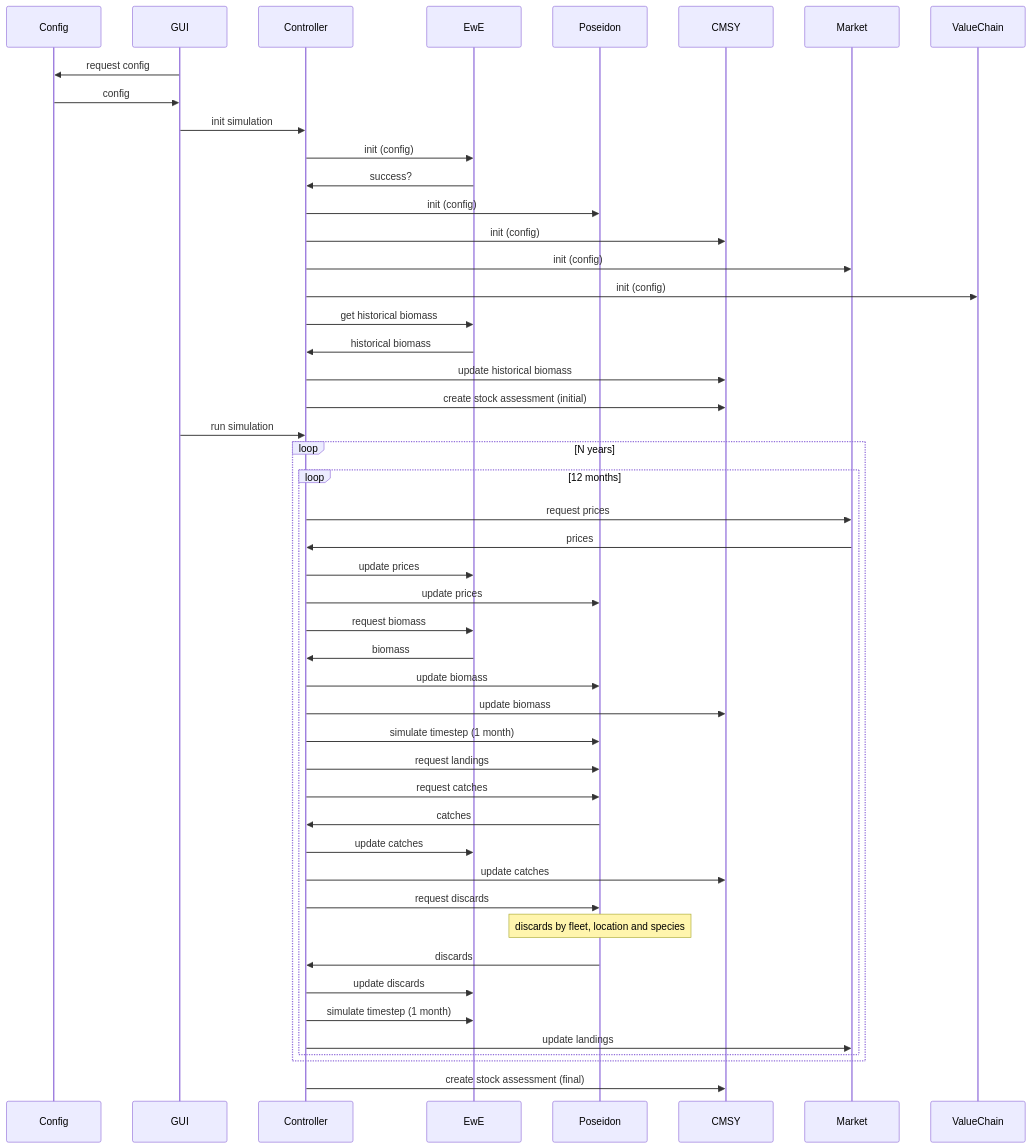
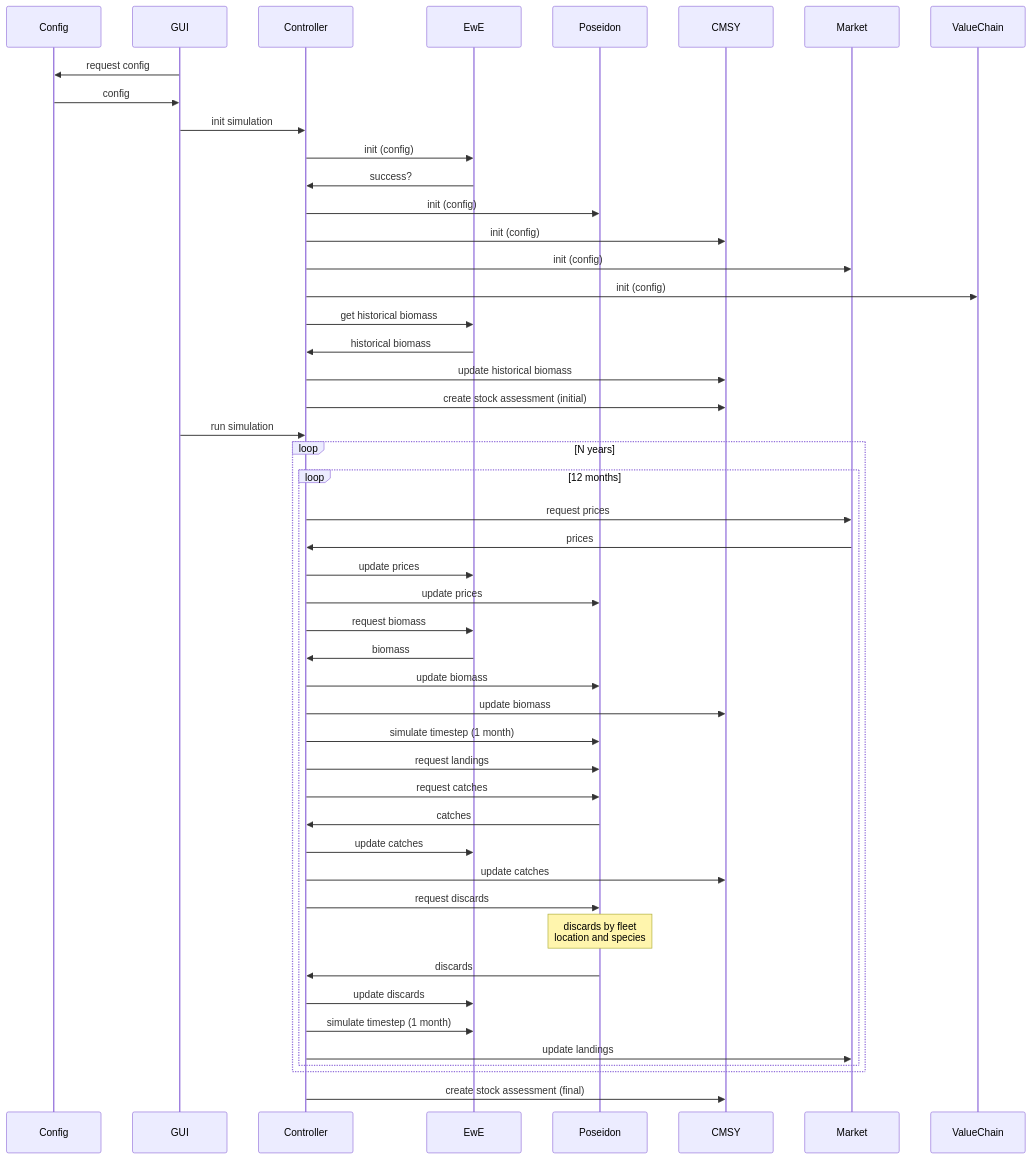
Before and after one commit to SURIMI-Project/SURIMI-project: the diagram in SequenceDiagram.md, drawn with Mermaid.

````diff
--- a/SequenceDiagram.md
+++ b/SequenceDiagram.md
@@ -3,61 +3,61 @@
 ```mermaid
 
  sequenceDiagram
 
     participant Config
     participant GUI
     participant Controller
     participant EwE
     participant Poseidon
     participant CMSY
     participant Market
     participant ValueChain
 
     %% Initialization %%
     %% this is the init %%
     GUI ->> Config: request config
     Config ->> GUI: config
     GUI ->> Controller: init simulation
 
     Controller ->> EwE: init (config)
     EwE ->> Controller: success?
     Controller ->> Poseidon: init (config)
     Controller ->> CMSY: init (config)
     Controller ->> Market: init (config)
     Controller ->> ValueChain: init (config)
 
     Controller ->> EwE: get historical biomass
     EwE ->> Controller: historical biomass
     Controller ->> CMSY: update historical biomass
     Controller ->> CMSY: create stock assessment (initial)
 
     %% Simulation %%
     %% starting the simulation %%
     GUI ->> Controller: run simulation
 
     loop N years
         loop 12 months
             Controller ->> Market: request prices
             Market ->> Controller: prices
             Controller ->> EwE: update prices
             Controller ->> Poseidon: update prices
             Controller ->> EwE: request biomass
             EwE ->> Controller: biomass
             Controller ->> Poseidon: update biomass
             Controller ->> CMSY: update biomass
             Controller ->> Poseidon: simulate timestep (1 month)
             Controller ->> Poseidon: request landings
             Controller ->> Poseidon: request catches
             Poseidon ->> Controller: catches
             Controller ->> EwE: update catches
             Controller ->> CMSY: update catches
             Controller ->> Poseidon: request discards
-            Note over Poseidon: discards by fleet, location and species
+            Note over Poseidon: discards by fleet<br/> location and species
             Poseidon ->> Controller: discards
             Controller ->> EwE: update discards
             Controller ->> EwE: simulate timestep (1 month)
             Controller ->> Market: update landings
         end
     end
     Controller ->> CMSY: create stock assessment (final) 
 ```
````
